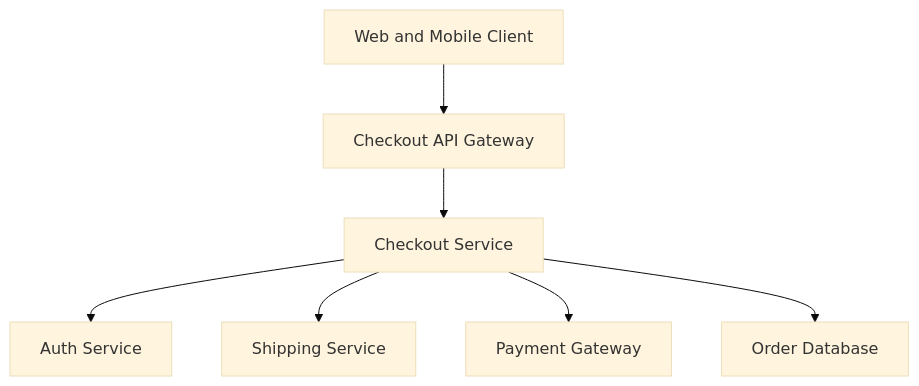
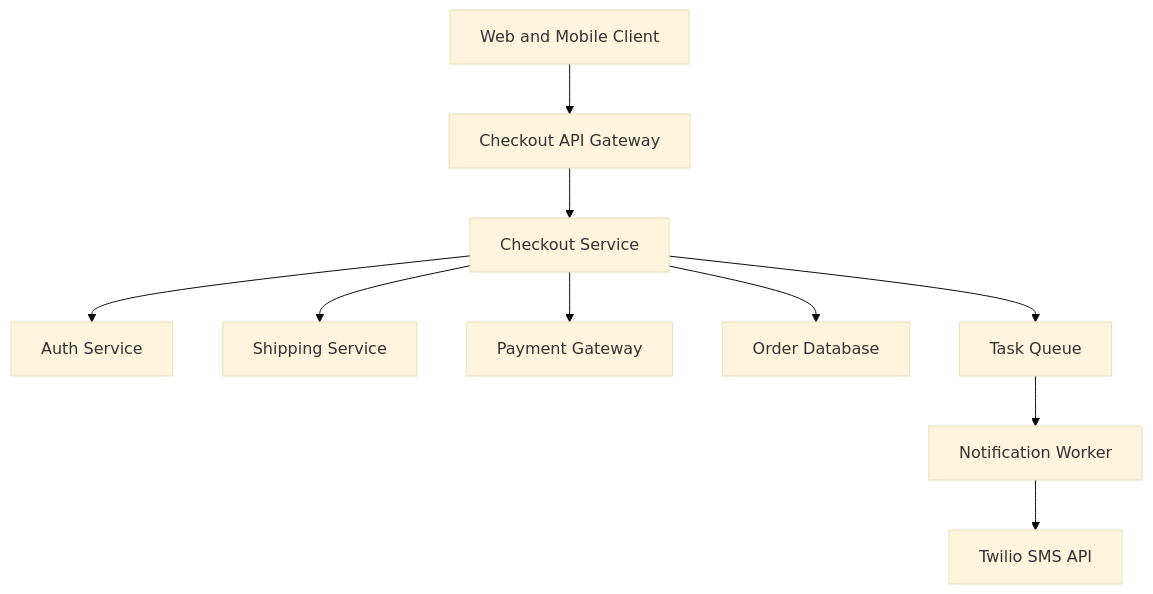
One commit to davilima/ai-sdd-testes changed the first of 2 diagrams in .sdd/specs/checkout/design.md. Above: the diagram before and after it, drawn with Mermaid (base theme). The commit also changed other lines of this file and 7535 other files, not shown here.

Commit message:
feat: complete checkout implementation with 3DS, guest flow, and performance optimizations

````diff
--- a/.sdd/specs/checkout/design.md
+++ b/.sdd/specs/checkout/design.md
@@ -22,17 +22,23 @@
 ```mermaid
 flowchart TB
     Client[Web and Mobile Client]
     CheckoutAPI[Checkout API Gateway]
     CheckoutService[Checkout Service]
     AuthService[Auth Service]
     ShippingService[Shipping Service]
     PaymentGateway[Payment Gateway]
+    NotificationWorker[Notification Worker]
+    TwilioAPI[Twilio SMS API]
     OrderDB[Order Database]
+    Queue[Task Queue]
 
     Client --> CheckoutAPI
     CheckoutAPI --> CheckoutService
     CheckoutService --> AuthService
     CheckoutService --> ShippingService
     CheckoutService --> PaymentGateway
     CheckoutService --> OrderDB
+    CheckoutService --> Queue
+    Queue --> NotificationWorker
+    NotificationWorker --> TwilioAPI
 ```
````
